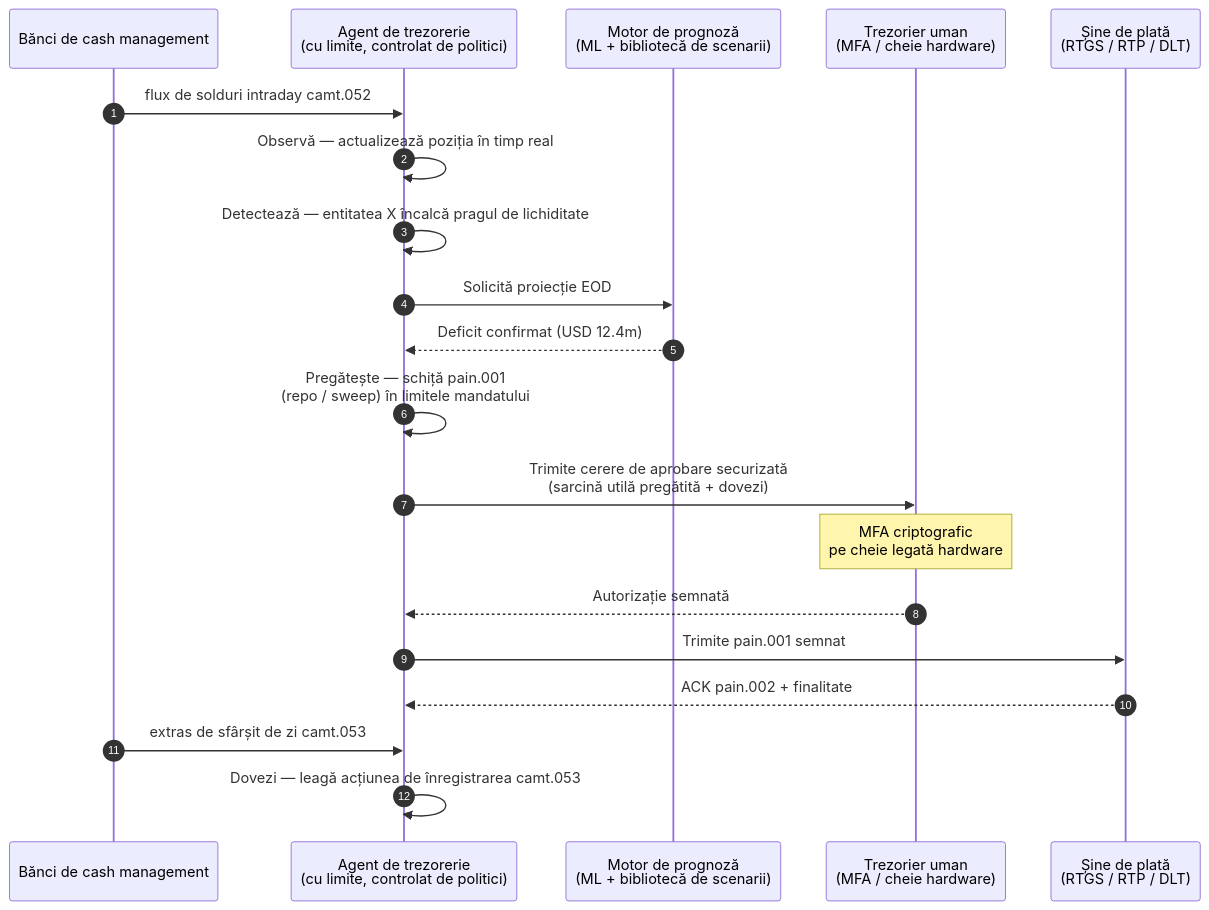
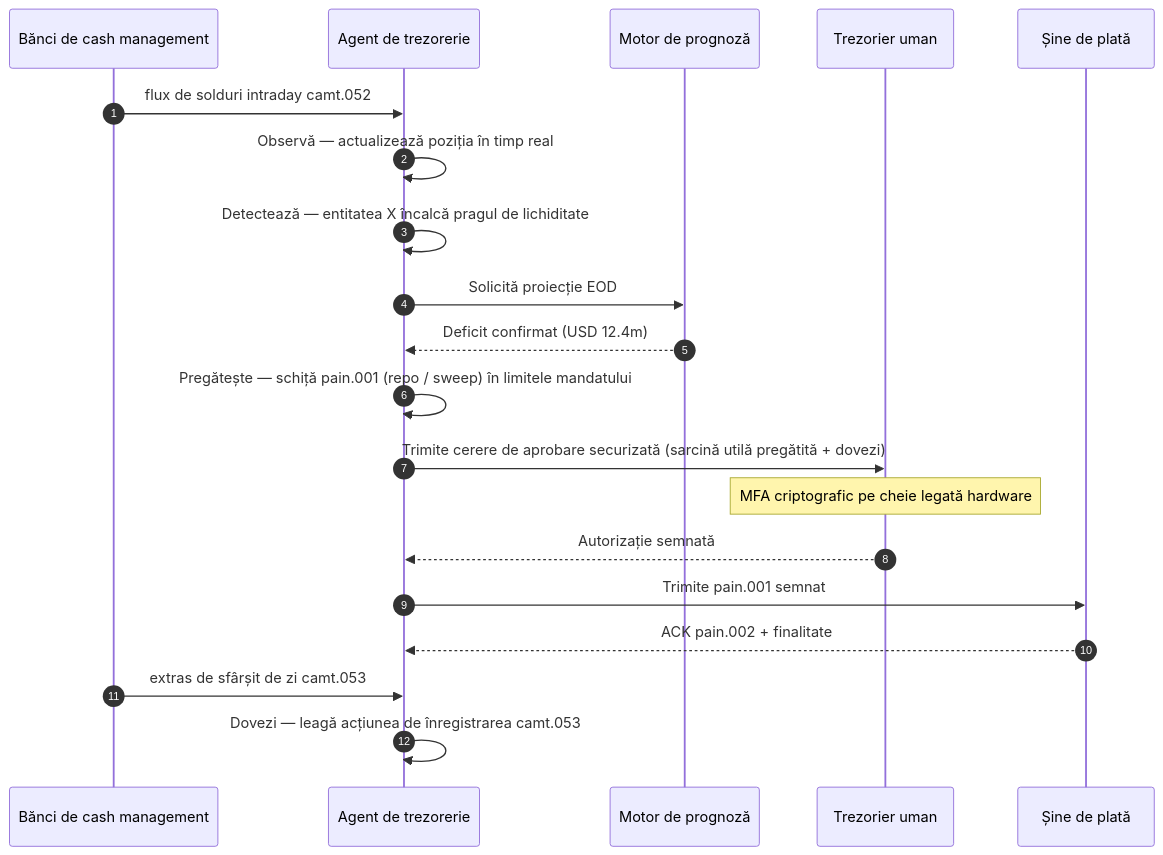
Before and after one commit to sebastienrousseau/sebastienrousseau.github.io: the diagram in _posts/ro/2026-06-07-autonomous-treasury-index-programmable-liquidity-tokenised-deposits-2026.md, drawn with Mermaid. The commit also changed 2231 other files, not shown here.

First line of the commit message:
fix(mermaid): unblock Mermaid v10 rendering end-to-end (#198)

````diff
--- a/_posts/ro/2026-06-07-autonomous-treasury-index-programmable-liquidity-tokenised-deposits-2026.md
+++ b/_posts/ro/2026-06-07-autonomous-treasury-index-programmable-liquidity-tokenised-deposits-2026.md
@@ -152,23 +152,22 @@
 ```mermaid
 sequenceDiagram
     autonumber
     participant Banks as Bănci de cash management
-    participant Agent as Agent de trezorerie<br/>(cu limite, controlat de politici)
-    participant Forecast as Motor de prognoză<br/>(ML + bibliotecă de scenarii)
-    participant Treasurer as Trezorier uman<br/>(MFA / cheie hardware)
-    participant Rails as Șine de plată<br/>(RTGS / RTP / DLT)
-
+    participant Agent as Agent de trezorerie
+    participant Forecast as Motor de prognoză
+    participant Treasurer as Trezorier uman
+    participant Rails as Șine de plată
     Banks->>Agent: flux de solduri intraday camt.052
     Agent->>Agent: Observă — actualizează poziția în timp real
     Agent->>Agent: Detectează — entitatea X încalcă pragul de lichiditate
     Agent->>Forecast: Solicită proiecție EOD
     Forecast-->>Agent: Deficit confirmat (USD 12.4m)
-    Agent->>Agent: Pregătește — schiță pain.001<br/>(repo / sweep) în limitele mandatului
-    Agent->>Treasurer: Trimite cerere de aprobare securizată<br/>(sarcină utilă pregătită + dovezi)
-    Note over Treasurer: MFA criptografic<br/>pe cheie legată hardware
+    Agent->>Agent: Pregătește — schiță pain.001 (repo / sweep) în limitele mandatului
+    Agent->>Treasurer: Trimite cerere de aprobare securizată (sarcină utilă pregătită + dovezi)
+    Note over Treasurer: MFA criptografic pe cheie legată hardware
     Treasurer-->>Agent: Autorizație semnată
     Agent->>Rails: Trimite pain.001 semnat
     Rails-->>Agent: ACK pain.002 + finalitate
     Banks->>Agent: extras de sfârșit de zi camt.053
     Agent->>Agent: Dovezi — leagă acțiunea de înregistrarea camt.053
 ```
````
